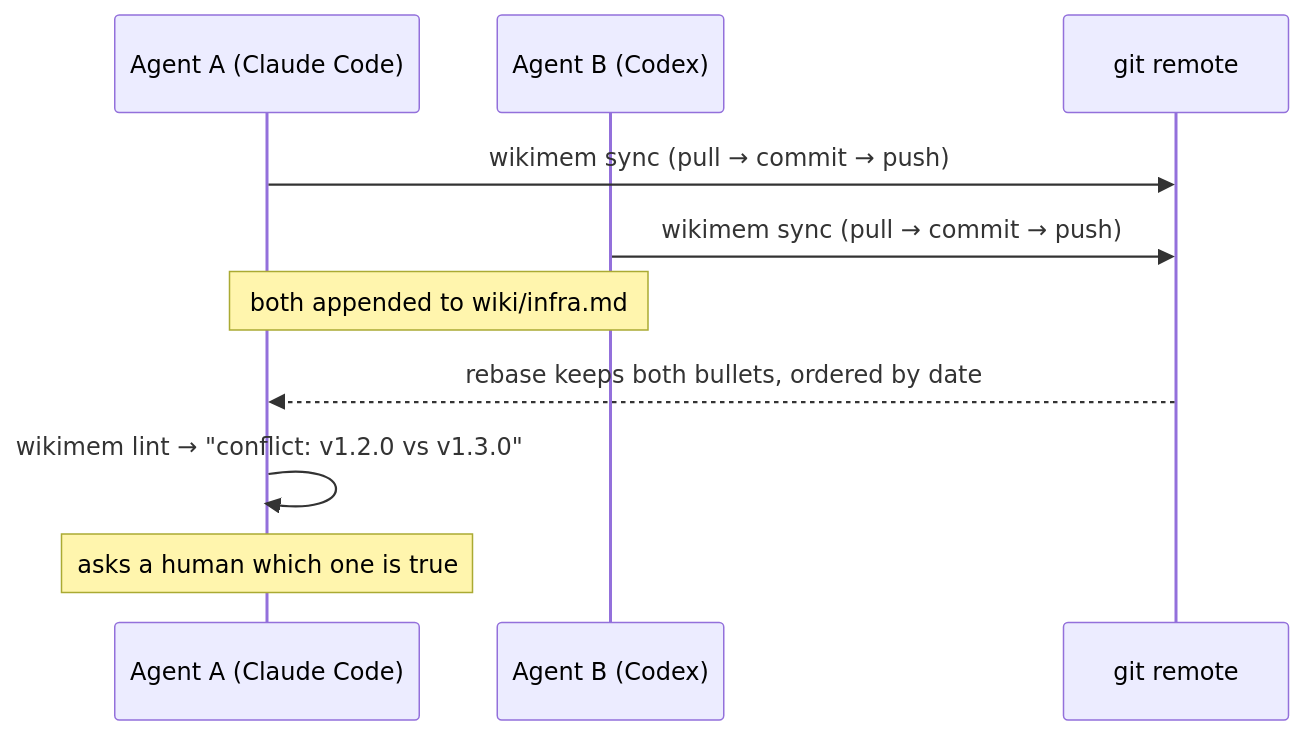
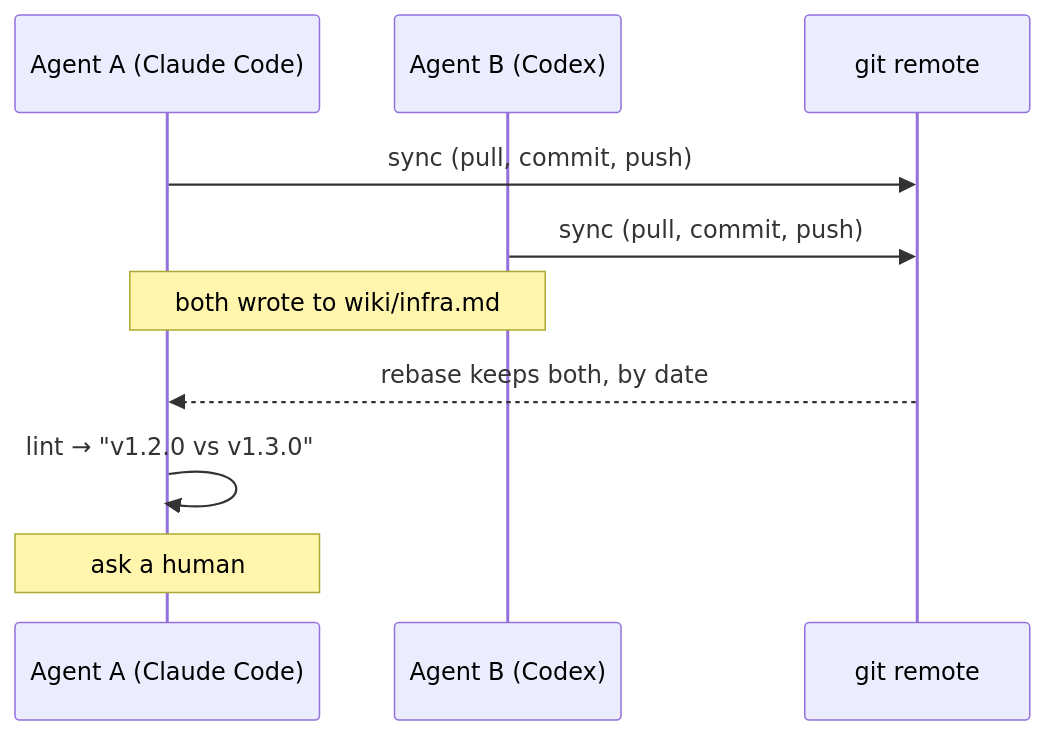
Before and after one commit to QINXIN111/tiered-memory: the sixth of 6 diagrams in README.md, drawn with Mermaid. The commit also changed other lines of this file and 1 other file, not shown here.

Commit message:
docs: shrink sequence diagrams so they fit the column

````diff
--- a/README.md
+++ b/README.md
@@ -180,13 +180,13 @@
 ```mermaid
 sequenceDiagram
     participant A as Agent A (Claude Code)
     participant B as Agent B (Codex)
     participant G as git remote
 
-    A->>G: wikimem sync (pull → commit → push)
-    B->>G: wikimem sync (pull → commit → push)
-    Note over A,B: both appended to wiki/infra.md
-    G-->>A: rebase keeps both bullets, ordered by date
-    A->>A: wikimem lint → "conflict: v1.2.0 vs v1.3.0"
-    Note over A: asks a human which one is true
+    A->>G: sync (pull, commit, push)
+    B->>G: sync (pull, commit, push)
+    Note over A,B: both wrote to wiki/infra.md
+    G-->>A: rebase keeps both, by date
+    A->>A: lint → "v1.2.0 vs v1.3.0"
+    Note over A: ask a human
 ```
````
